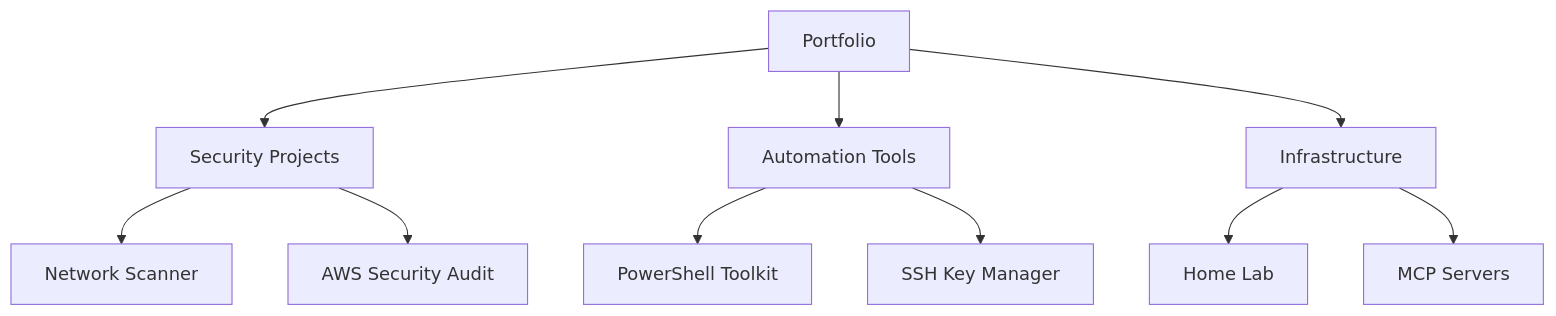
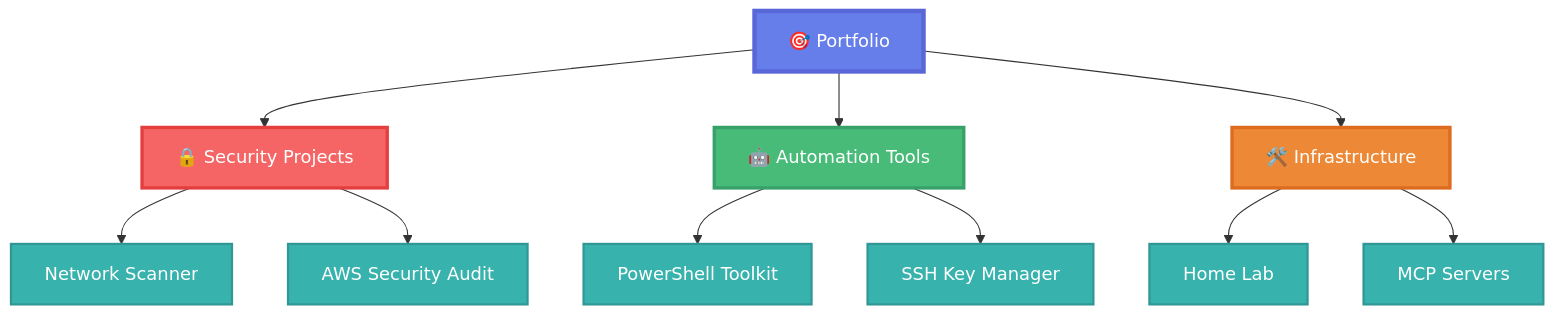
The first of 2 diagrams in README.md (lucchesi-sec/portfolio), drawn with Mermaid before and after one commit. The commit also changed other lines of this file and 2 other files, not shown here.

Commit message:
Add GitHub Pages deployment and enhance Mermaid diagrams
- Set up GitHub Actions workflow for automatic Pages deployment
- Create responsive index.html with enhanced styling and navigation
- Enhanced README.md Mermaid diagrams with color segmentation:
  * Added emojis for visual clarity
  * Implemented color-coded sections (security, automation, infrastructure)
  * Improved accessibility with better contrast ratios
- Simplified diagram structure for better readability
- Added portfolio website with professional styling

````diff
--- a/README.md
+++ b/README.md
@@ -15,13 +15,25 @@
 ```mermaid
 graph TD
-    A[Portfolio] --> B[Security Projects]
-    A --> C[Automation Tools]
-    A --> D[Infrastructure]
+    A[🎯 Portfolio] --> B[🔒 Security Projects]
+    A --> C[🤖 Automation Tools]
+    A --> D[🛠️ Infrastructure]
     
     B --> E[Network Scanner]
     B --> F[AWS Security Audit]
     C --> G[PowerShell Toolkit]
     C --> H[SSH Key Manager]
     D --> I[Home Lab]
     D --> J[MCP Servers]
+
+    classDef portfolio fill:#667eea,stroke:#5a67d8,stroke-width:4px,color:#ffffff
+    classDef security fill:#f56565,stroke:#e53e3e,stroke-width:3px,color:#ffffff
+    classDef automation fill:#48bb78,stroke:#38a169,stroke-width:3px,color:#ffffff
+    classDef infra fill:#ed8936,stroke:#dd6b20,stroke-width:3px,color:#ffffff
+    classDef projects fill:#38b2ac,stroke:#319795,stroke-width:2px,color:#ffffff
+
+    class A portfolio
+    class B security
+    class C automation
+    class D infra
+    class E,F,G,H,I,J projects
 ```
````
